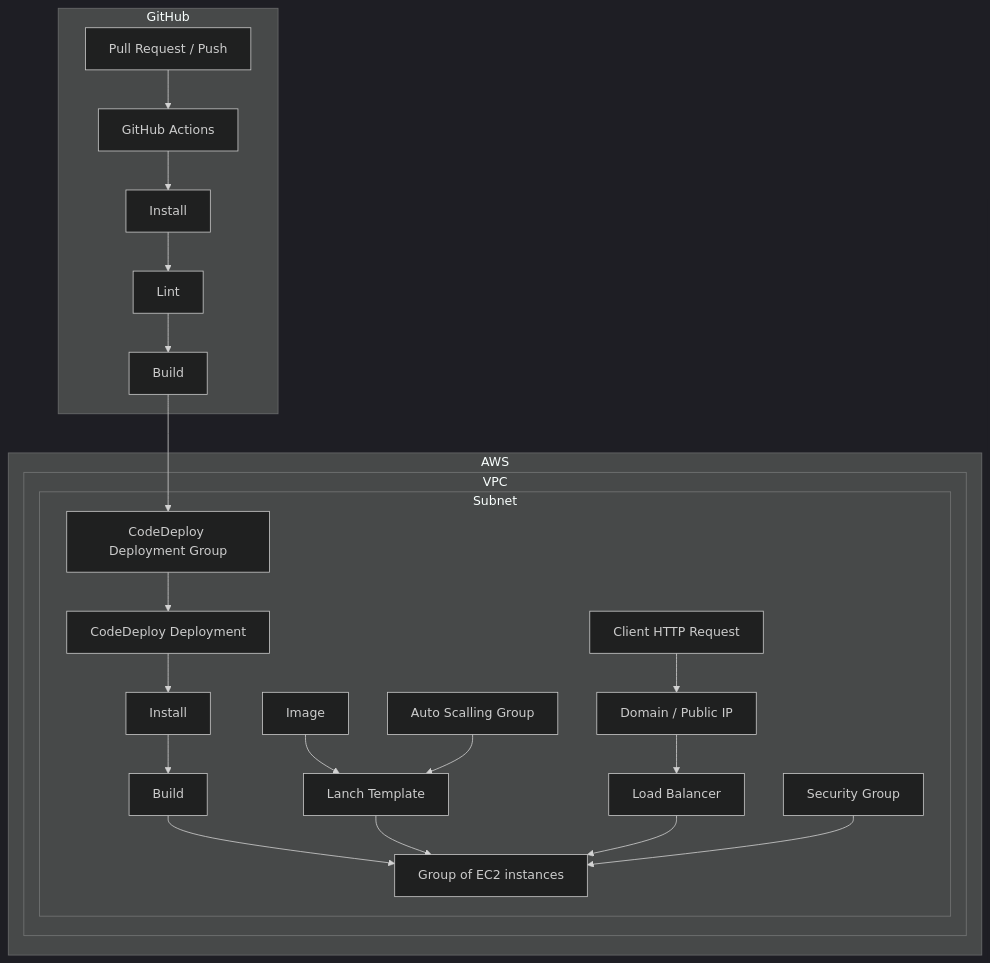
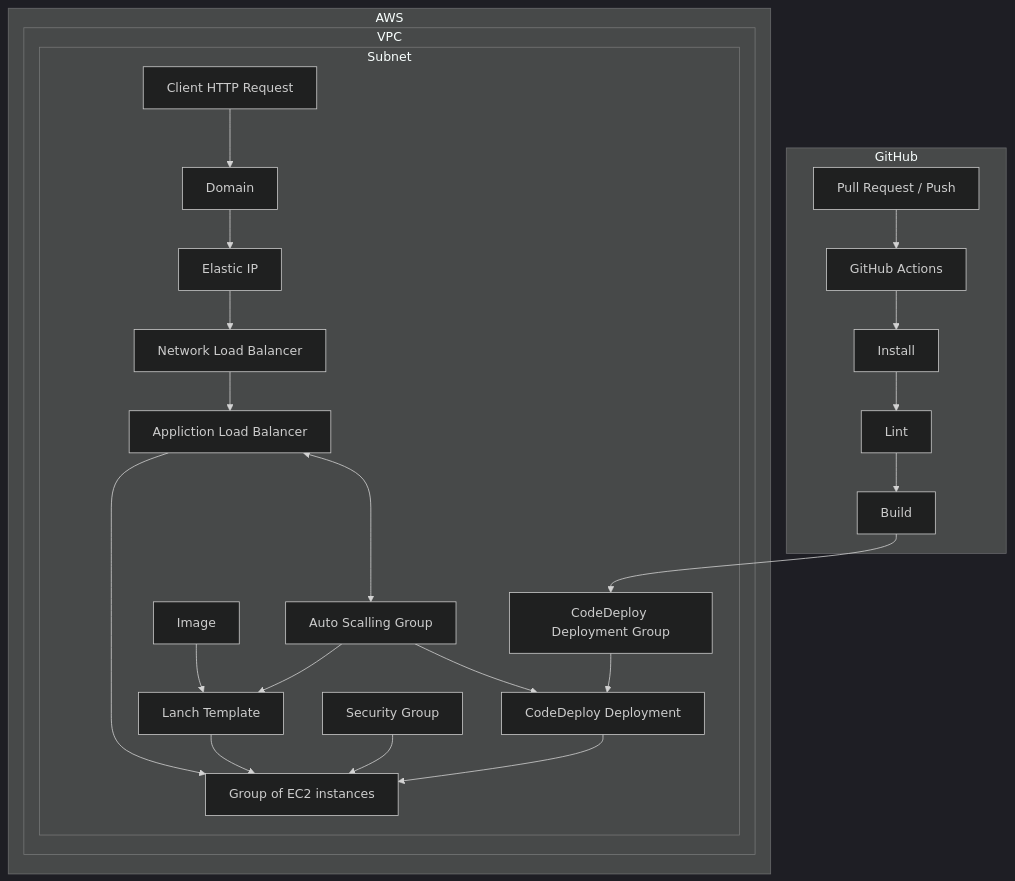
Before and after one commit to omer-priel/madabclick: the second of 2 diagrams in README.md, drawn with Mermaid (dark theme). The commit also changed 12 other files, not shown here.

````diff
--- a/README.md
+++ b/README.md
@@ -30,20 +30,23 @@
 ```mermaid
 flowchart TD
   subgraph GitHub
     PR[Pull Request / Push] --> GA[GitHub Actions] --> GInstall[Install] --> GLint[Lint] --> GBuild[Build] 
   end
 
   subgraph AWS
     subgraph VPC
       subgraph Subnet
-        CodeDeploy[CodeDeploy Deployment Group] --> Deployment[CodeDeploy Deployment] --> Install --> Build --> EC2[Group of EC2 instances]
+        CodeDeploy[CodeDeploy Deployment Group] --> Deployment[CodeDeploy Deployment] --> EC2[Group of EC2 instances]
         Image --> LT[Lanch Template]
         ASG[Auto Scalling Group] --> LT --> EC2
-        CHR[Client HTTP Request] --> Domain[Domain / Public IP] --> LB[Load Balancer] --> EC2
+        ASG --> Deployment
+        CHR[Client HTTP Request] --> Domain --> EIP[Elastic IP] --> NLB[Network Load Balancer]
+        NLB --> ALB[Appliction Load Balancer] --> EC2
         SG[Security Group] --> EC2
+        ALB <---> ASG
       end
     end
   end
     
   GBuild --> CodeDeploy
 ```
````
